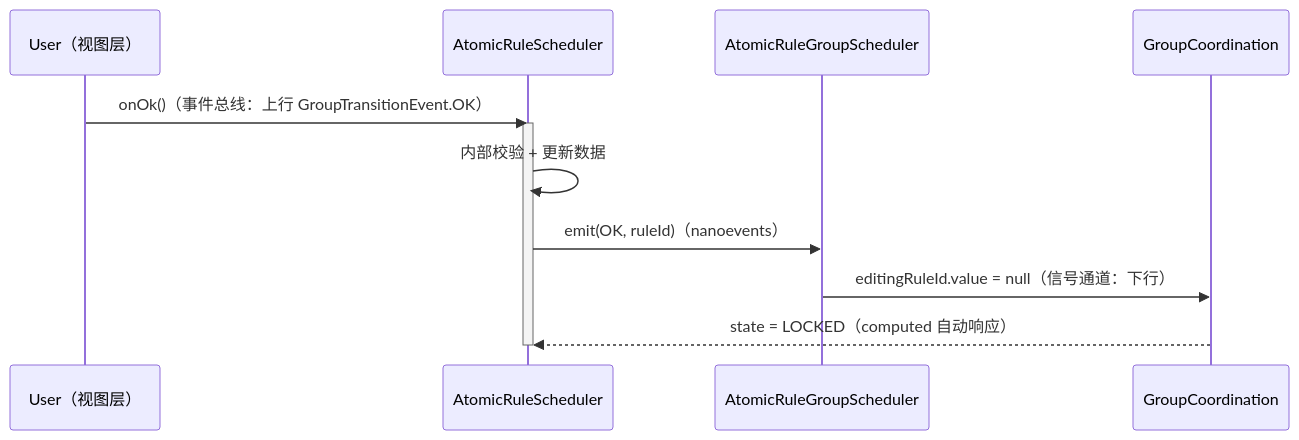
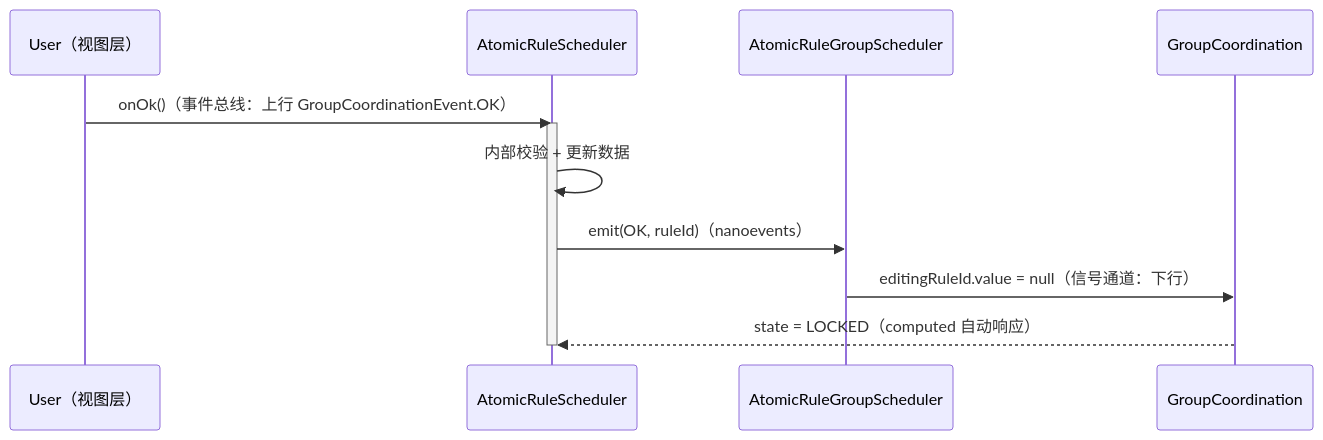
The first of 4 diagrams in specs/core/application.md (huang-xiao-jian/themis), drawn with Mermaid before and after one commit. The commit also changed other lines of this file and 2 other files, not shown here.

First line of the commit message:
refactor(core): replace generic TransitionEvent with per-level coordination events

````diff
--- a/specs/core/application.md
+++ b/specs/core/application.md
@@ -153,15 +163,15 @@
 ```mermaid
 sequenceDiagram
   participant U as User（视图层）
   participant R as AtomicRuleScheduler
   participant G as AtomicRuleGroupScheduler
   participant GC as GroupCoordination
 
-  U->>R: onOk()（事件总线：上行 GroupTransitionEvent.OK）
+  U->>R: onOk()（事件总线：上行 GroupCoordinationEvent.OK）
   activate R
   R->>R: 内部校验 + 更新数据
   R->>G: emit(OK, ruleId)（nanoevents）
   G->>GC: editingRuleId.value = null（信号通道：下行）
   GC-->>R: state = LOCKED（computed 自动响应）
   deactivate R
 ```
````
